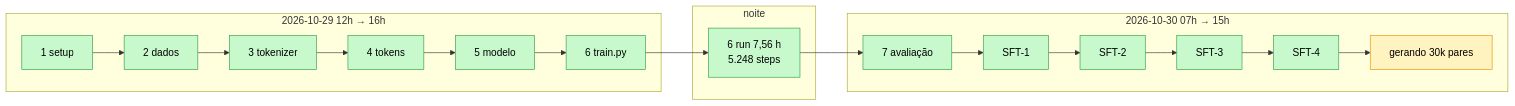
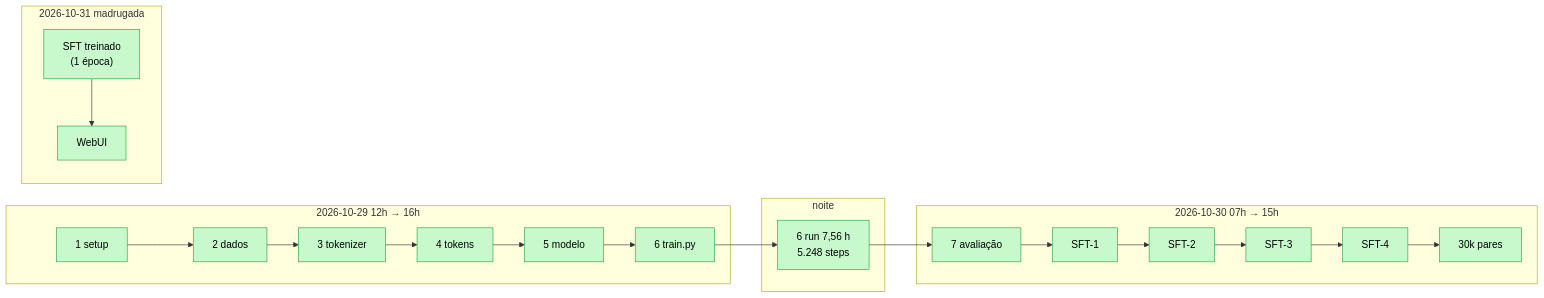
One commit to marcelogsouza/pingo changed the diagram in docs/00-projeto/Linha do tempo.md. Above: the diagram before and after it, drawn with Mermaid. The commit also changed other lines of this file, not shown here.

Commit message:
docs: linha do tempo — madrugada do SFT e a WebUI

````diff
--- a/docs/00-projeto/Linha do tempo.md
+++ b/docs/00-projeto/Linha do tempo.md
@@ -66,18 +76,20 @@
 ```mermaid
 flowchart LR
     subgraph "2026-10-29 12h → 16h"
         p1["1 setup"] --> p2["2 dados"] --> p3["3 tokenizer"] --> p4["4 tokens"] --> p5["5 modelo"] --> p6a["6 train.py"]
     end
     subgraph "noite"
         p6b["6 run 7,56 h<br/>5.248 steps"]
     end
     subgraph "2026-10-30 07h → 15h"
-        p7["7 avaliação"] --> sft1["SFT-1"] --> sft2["SFT-2"] --> sft3["SFT-3"] --> sft4["SFT-4"] --> ds["gerando 30k pares"]
+        p7["7 avaliação"] --> sft1["SFT-1"] --> sft2["SFT-2"] --> sft3["SFT-3"] --> sft4["SFT-4"] --> ds["30k pares"]
+    end
+    subgraph "2026-10-31 madrugada"
+        sft5["SFT treinado<br/>(1 época)"] --> wui["WebUI"]
     end
     p6a --> p6b --> p7
 
     classDef feito fill:#c7f9cc,stroke:#2f9e44,color:#000
     classDef rodando fill:#fff3bf,stroke:#f08c00,color:#000
-    class p1,p2,p3,p4,p5,p6a,p6b,p7,sft1,sft2,sft3,sft4 feito
-    class ds rodando
+    class p1,p2,p3,p4,p5,p6a,p6b,p7,sft1,sft2,sft3,sft4,ds,sft5,wui feito
 ```
````
